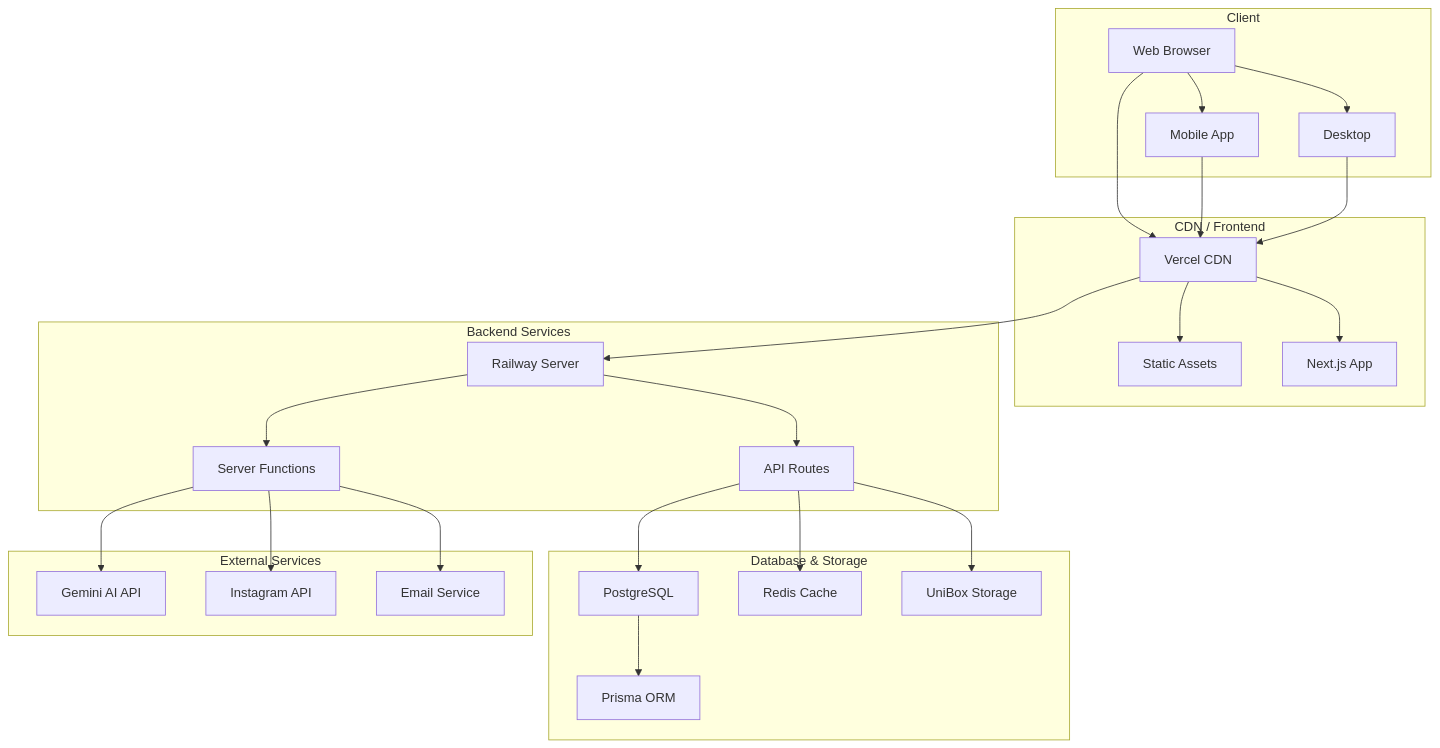
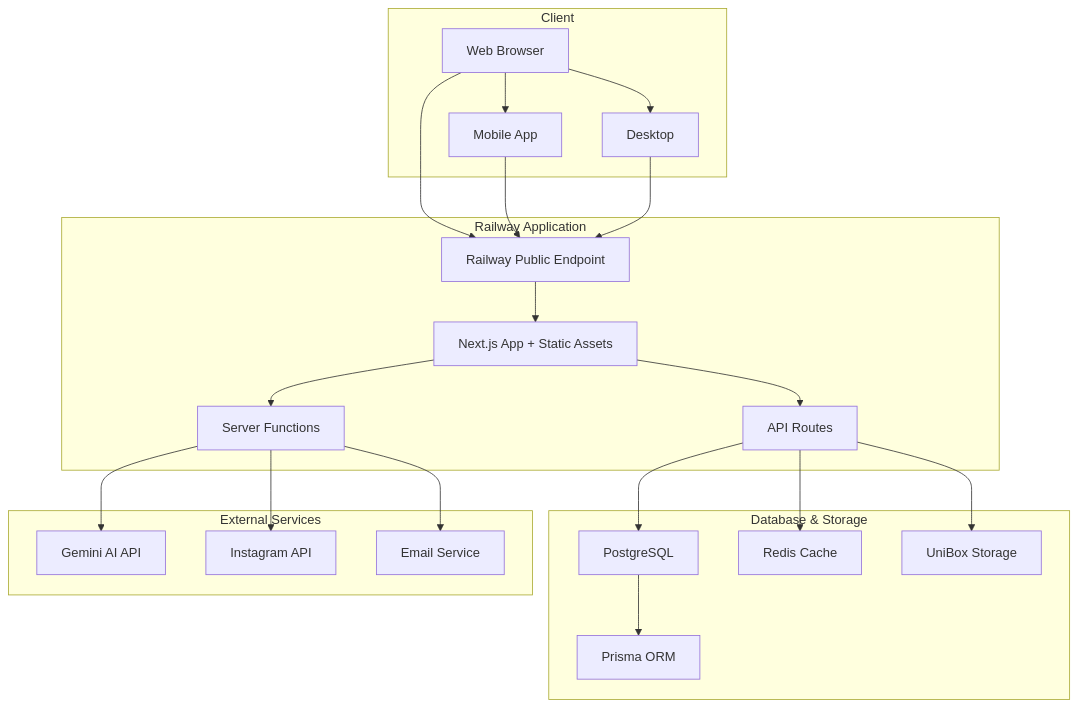
One commit to poojaroonwit/narinyland changed the fifth of 6 diagrams in ARCHITECTURE.md. Above: the diagram before and after it, drawn with Mermaid. The commit also changed other lines of this file and 4 other files, not shown here.

First line of the commit message:
chore(deploy): remove Vercel references and standardize on Railway (#83)

````diff
--- a/ARCHITECTURE.md
+++ b/ARCHITECTURE.md
@@ -351,40 +351,35 @@
 ```mermaid
 graph TB
     subgraph "Client"
         A[Web Browser] --> B[Mobile App]
         A --> C[Desktop]
     end
     
-    subgraph "CDN / Frontend"
-        D[Vercel CDN] --> E[Static Assets]
-        D --> F[Next.js App]
-    end
-    
-    subgraph "Backend Services"
-        G[Railway Server] --> H[API Routes]
-        G --> I[Server Functions]
+    subgraph "Railway Application"
+        D[Railway Public Endpoint] --> F[Next.js App + Static Assets]
+        F --> H[API Routes]
+        F --> I[Server Functions]
     end
     
     subgraph "Database & Storage"
         J[PostgreSQL] --> K[Prisma ORM]
         L[Redis Cache]
         M[UniBox Storage]
     end
     
     subgraph "External Services"
         N[Gemini AI API]
         O[Instagram API]
         P[Email Service]
     end
     
     A --> D
     B --> D
     C --> D
-    D --> G
     H --> J
     H --> L
     H --> M
     I --> N
     I --> O
     I --> P
 ```
````
